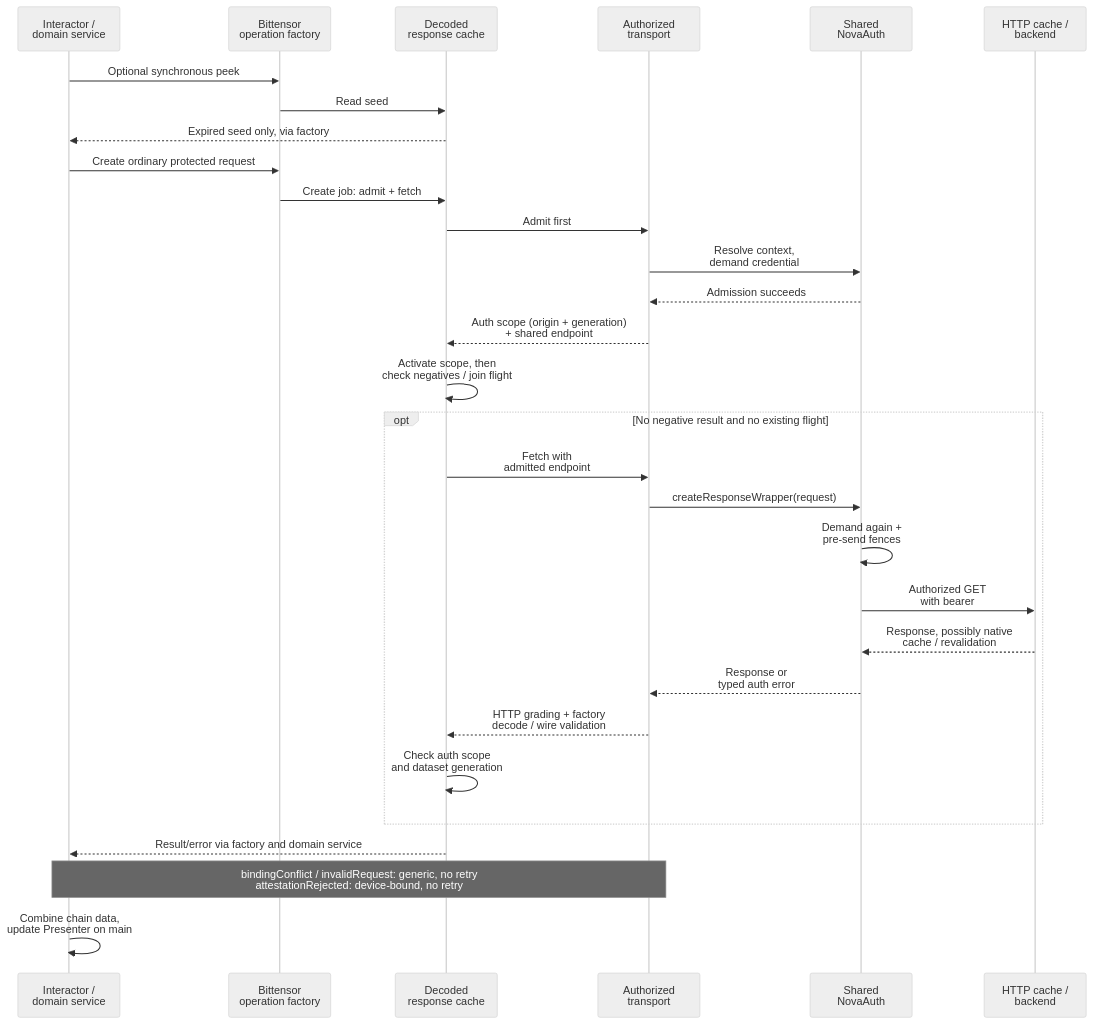
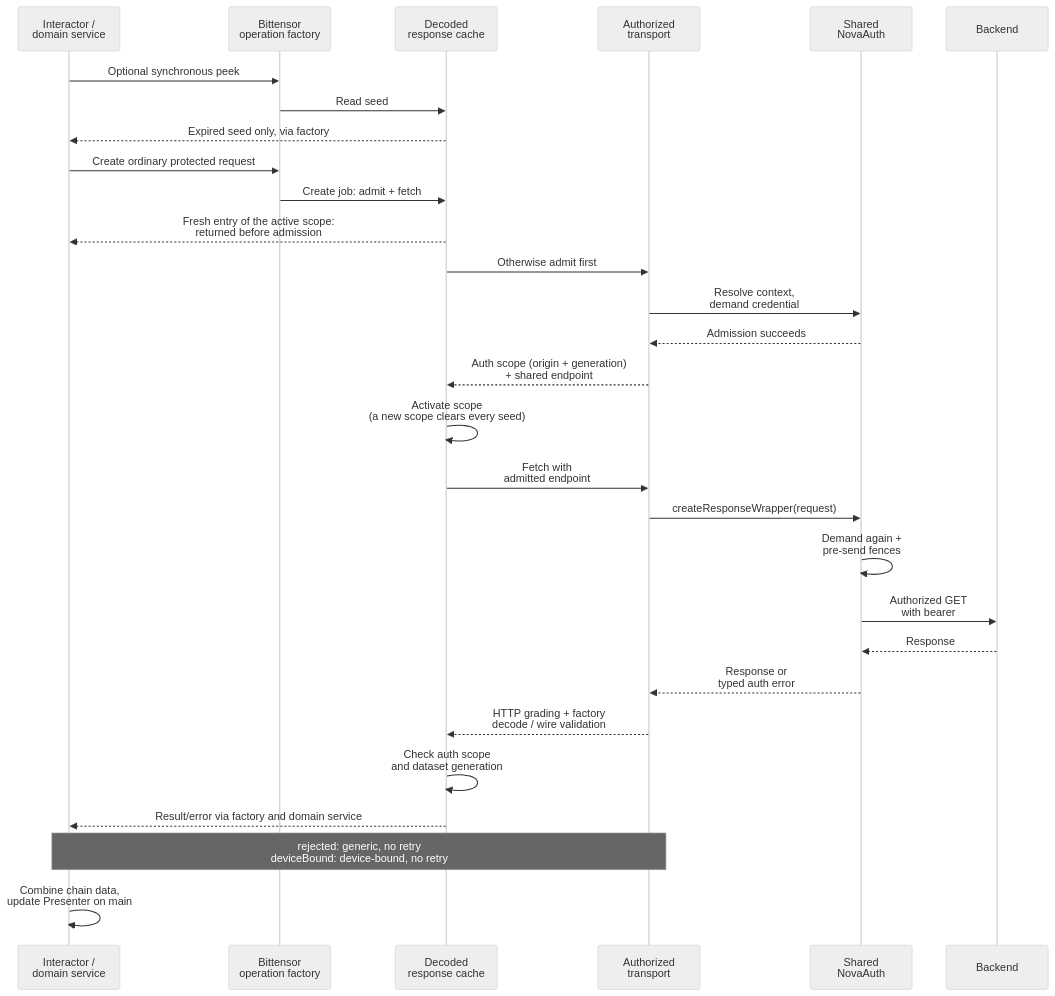
The eighth of 9 diagrams in .claude/docs/architecture/novaauth-client-diagrams.md (novasamatech/nova-wallet-ios), drawn with Mermaid (neutral theme) before and after one commit. The commit also changed other lines of this file and 6 other files, not shown here.

````diff
--- a/.claude/docs/architecture/novaauth-client-diagrams.md
+++ b/.claude/docs/architecture/novaauth-client-diagrams.md
@@ -293,32 +292,31 @@
 ```mermaid
 sequenceDiagram
   participant UI as Interactor /<br/>domain service
   participant F as Bittensor<br/>operation factory
   participant C as Decoded<br/>response cache
   participant T as Authorized<br/>transport
   participant N as Shared<br/>NovaAuth
-  participant H as HTTP cache /<br/>backend
+  participant H as Backend
   UI->>F: Optional synchronous peek
   F->>C: Read seed
   C-->>UI: Expired seed only, via factory
   UI->>F: Create ordinary protected request
   F->>C: Create job: admit + fetch
-  C->>T: Admit first
+  C-->>UI: Fresh entry of the active scope:<br/>returned before admission
+  C->>T: Otherwise admit first
   T->>N: Resolve context,<br/>demand credential
   N-->>T: Admission succeeds
   T-->>C: Auth scope (origin + generation)<br/>+ shared endpoint
-  C->>C: Activate scope, then<br/>check negatives / join flight
-  opt No negative result and no existing flight
+  C->>C: Activate scope<br/>(a new scope clears every seed)
     C->>T: Fetch with<br/>admitted endpoint
     T->>N: createResponseWrapper(request)
     N->>N: Demand again +<br/>pre-send fences
     N->>H: Authorized GET<br/>with bearer
-    H-->>N: Response, possibly native<br/>cache / revalidation
+    H-->>N: Response
     N-->>T: Response or<br/>typed auth error
     T-->>C: HTTP grading + factory<br/>decode / wire validation
     C->>C: Check auth scope<br/>and dataset generation
-  end
   C-->>UI: Result/error via factory and domain service
-  Note over T,UI: bindingConflict / invalidRequest: generic, no retry<br/>attestationRejected: device-bound, no retry
+  Note over T,UI: rejected: generic, no retry<br/>deviceBound: device-bound, no retry
   UI->>UI: Combine chain data,<br/>update Presenter on main
 ```
````
